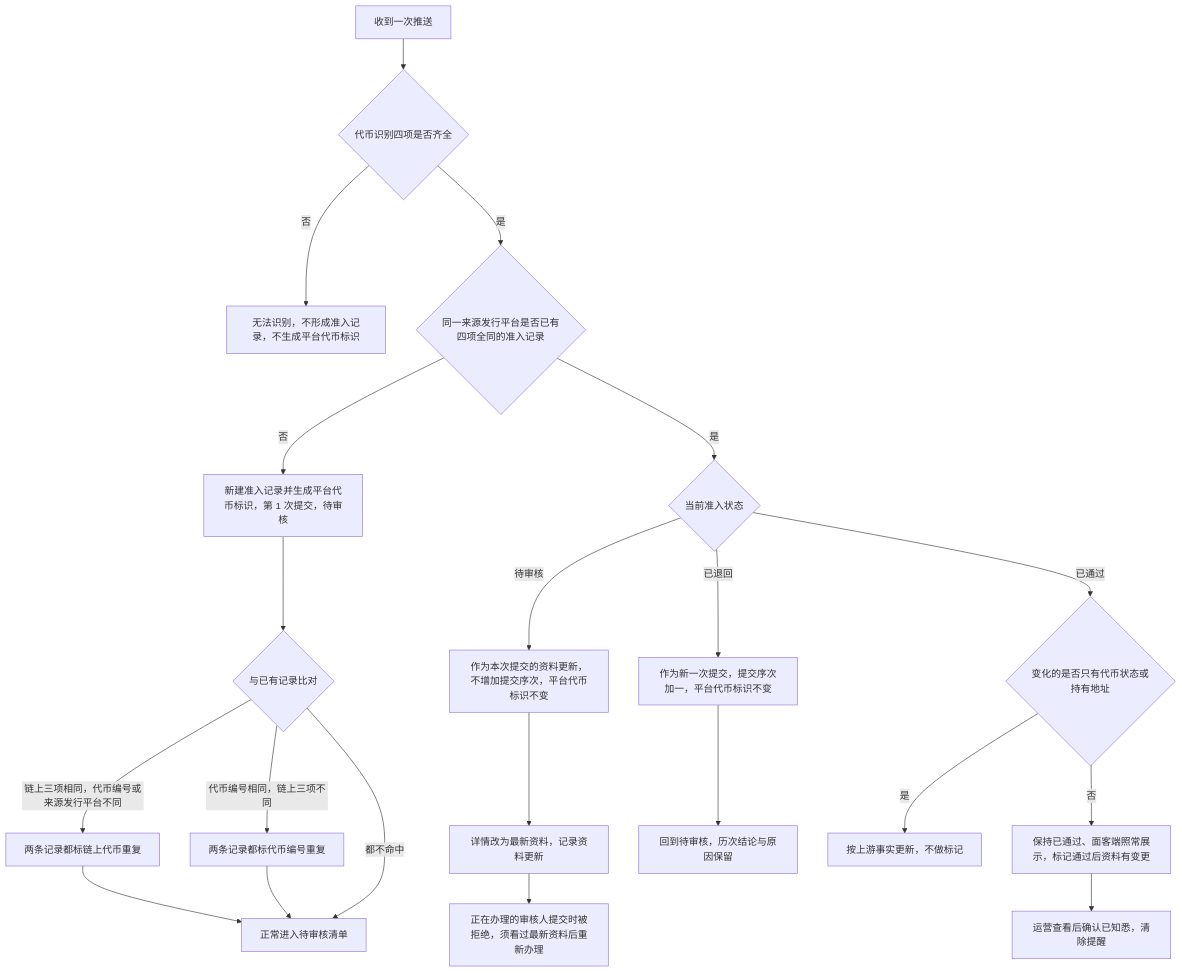
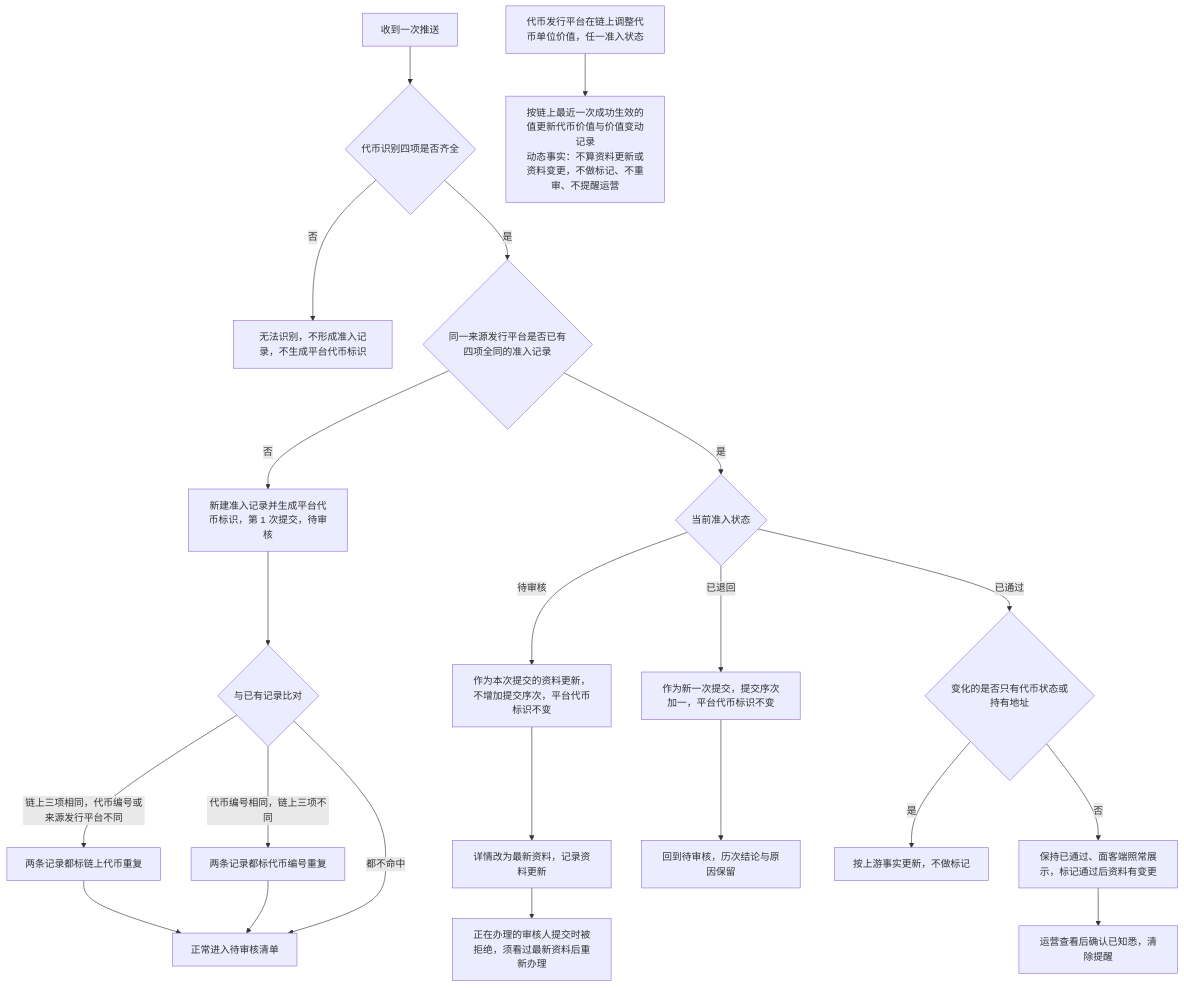
One commit to wxblockchain/Chain-Financing changed the second of 3 diagrams in lending-platform/PRD/运营端/06-代币准入审核/02-代币准入审核-流程图与状态机.md. Above: the diagram before and after it, drawn with Mermaid. The commit also changed other lines of this file and 21 other files, not shown here.

````diff
--- a/lending-platform/PRD/运营端/06-代币准入审核/02-代币准入审核-流程图与状态机.md
+++ b/lending-platform/PRD/运营端/06-代币准入审核/02-代币准入审核-流程图与状态机.md
@@ -44,23 +44,24 @@
 ```mermaid
 flowchart TD
     A[收到一次推送] --> A1{代币识别四项是否齐全}
     A1 -->|否| A2[无法识别，不形成准入记录，不生成平台代币标识]
     A1 -->|是| B{同一来源发行平台是否已有四项全同的准入记录}
     B -->|否| C[新建准入记录并生成平台代币标识，第 1 次提交，待审核]
     C --> D{与已有记录比对}
     D -->|链上三项相同，代币编号或来源发行平台不同| E[两条记录都标链上代币重复]
     D -->|代币编号相同，链上三项不同| E2[两条记录都标代币编号重复]
     D -->|都不命中| F[正常进入待审核清单]
     E --> F
     E2 --> F
     B -->|是| G{当前准入状态}
     G -->|待审核| H[作为本次提交的资料更新，不增加提交序次，平台代币标识不变]
     H --> I[详情改为最新资料，记录资料更新]
     I --> J[正在办理的审核人提交时被拒绝，须看过最新资料后重新办理]
     G -->|已退回| K[作为新一次提交，提交序次加一，平台代币标识不变]
     K --> L[回到待审核，历次结论与原因保留]
     G -->|已通过| M{变化的是否只有代币状态或持有地址}
     M -->|是| N[按上游事实更新，不做标记]
     M -->|否| O[保持已通过、面客端照常展示，标记通过后资料有变更]
     O --> P[运营查看后确认已知悉，清除提醒]
+    V[代币发行平台在链上调整代币单位价值，任一准入状态] --> W[按链上最近一次成功生效的值更新代币价值与价值变动记录<br/>动态事实：不算资料更新或资料变更，不做标记、不重审、不提醒运营]
 ```
````
